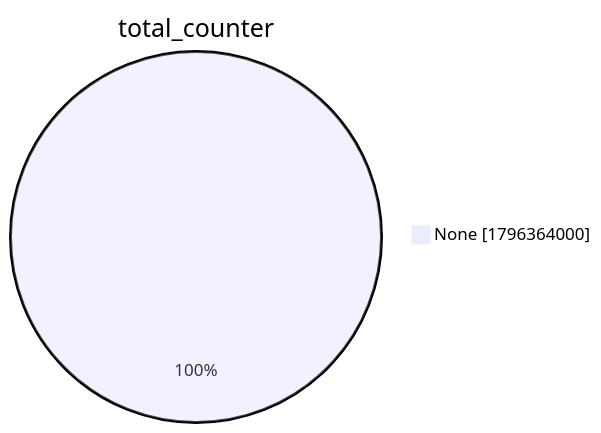
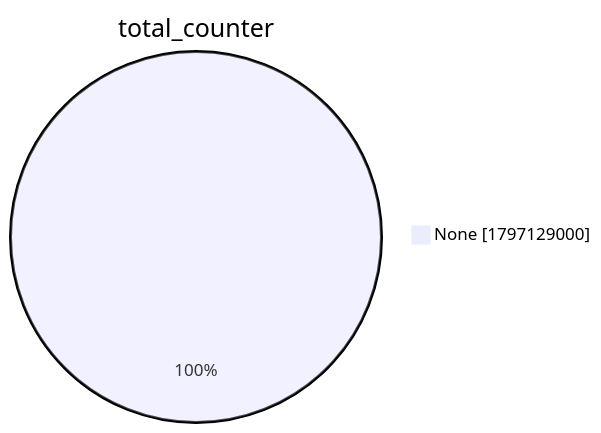
The second of 15 diagrams in xenon2022/README.md (christiankrug/ctmonitor_visualization), drawn with Mermaid before and after one commit. The commit also changed other lines of this file, not shown here.

````diff
--- a/xenon2022/README.md
+++ b/xenon2022/README.md
@@ -9,5 +9,5 @@
 ```mermaid
 pie showData
 title total_counter
-"None" :1796364000
+"None" :1797129000
 ```
````
